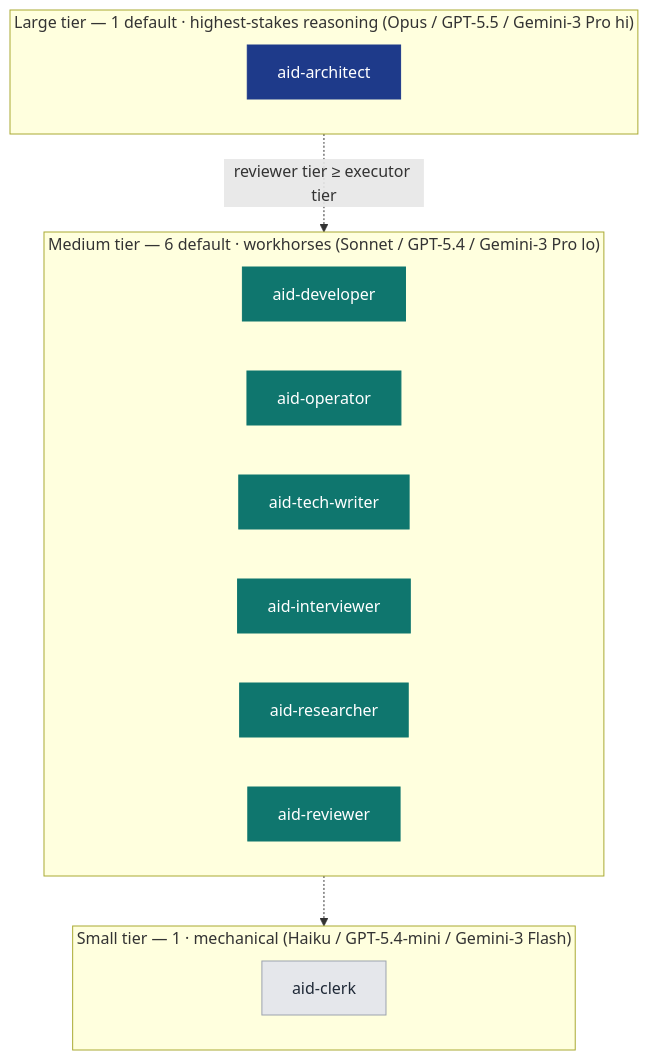
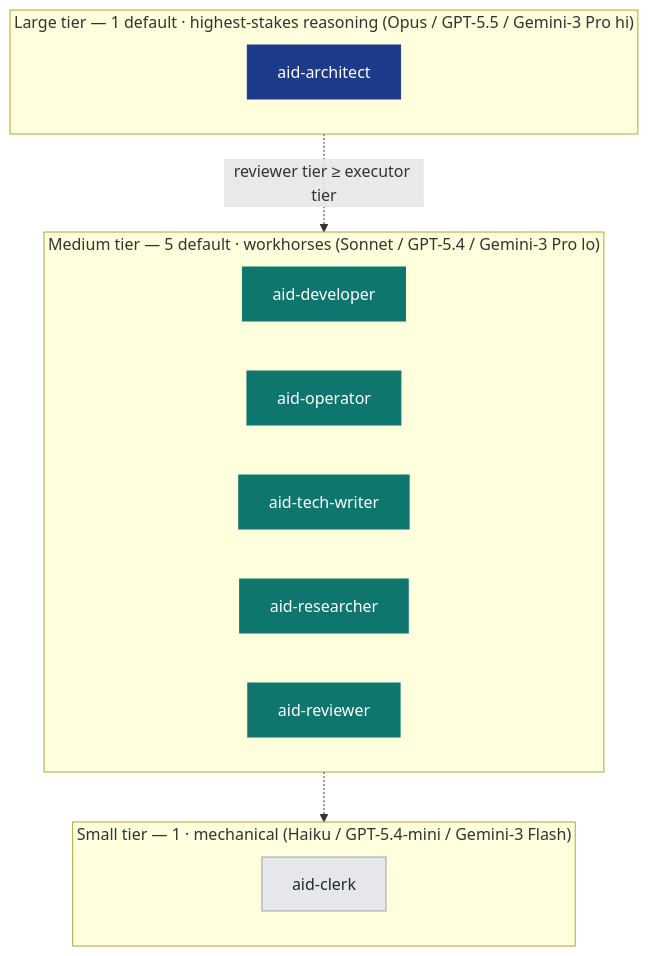
Before and after one commit to AndreVianna/aid-methodology: the fifth of 7 diagrams in docs/aid-methodology.md, drawn with Mermaid. The commit also changed other lines of this file and 5 other files, not shown here.

````diff
--- a/docs/aid-methodology.md
+++ b/docs/aid-methodology.md
@@ -793,25 +793,24 @@
 ```mermaid
 flowchart TB
     classDef large fill:#1E3A8A,stroke:#1E3A8A,color:#ffffff
     classDef med   fill:#0F766E,stroke:#0F766E,color:#ffffff
     classDef small fill:#E5E7EB,stroke:#9CA3AF,color:#1F2937
 
     subgraph L["Large tier — 1 default · highest-stakes reasoning (Opus / GPT-5.5 / Gemini-3 Pro hi)"]
         direction LR
         LB["aid-architect"]:::large
     end
-    subgraph M["Medium tier — 6 default · workhorses (Sonnet / GPT-5.4 / Gemini-3 Pro lo)"]
+    subgraph M["Medium tier — 5 default · workhorses (Sonnet / GPT-5.4 / Gemini-3 Pro lo)"]
         direction LR
         MA["aid-developer"]:::med
         MB["aid-operator"]:::med
         MD["aid-tech-writer"]:::med
-        ME["aid-interviewer"]:::med
         MF["aid-researcher"]:::med
         MG["aid-reviewer"]:::med
     end
     subgraph S["Small tier — 1 · mechanical (Haiku / GPT-5.4-mini / Gemini-3 Flash)"]
         direction LR
         SA["aid-clerk"]:::small
     end
     L -. "reviewer tier ≥ executor tier" .-> M -.-> S
 ```
````
